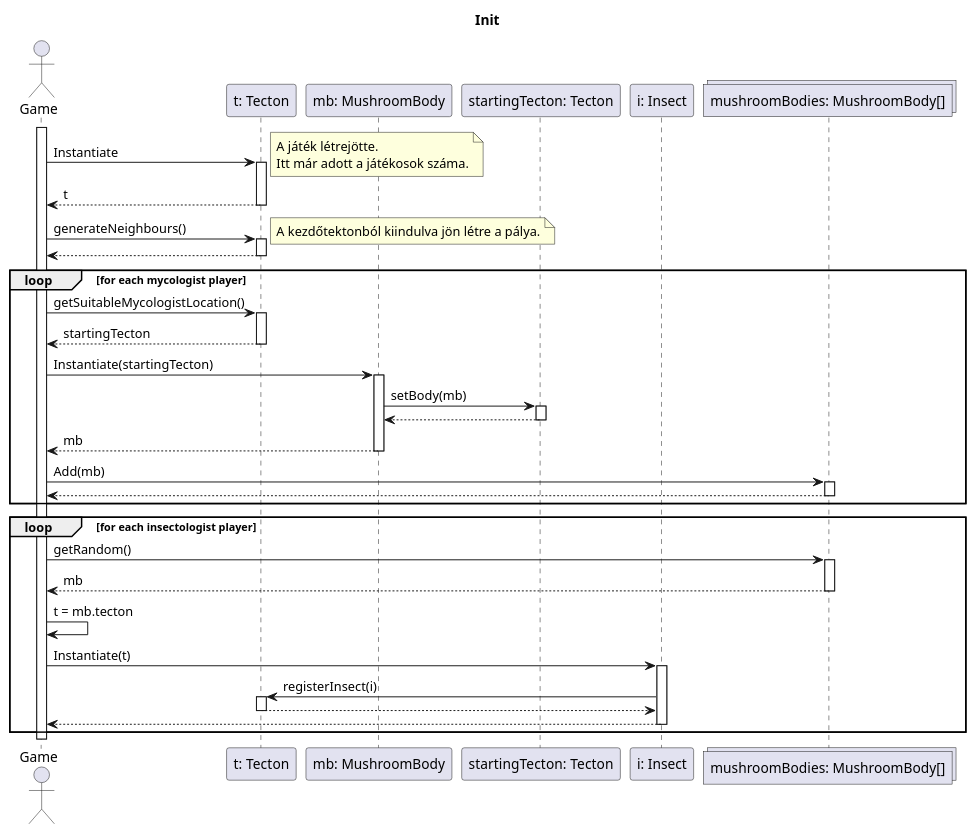
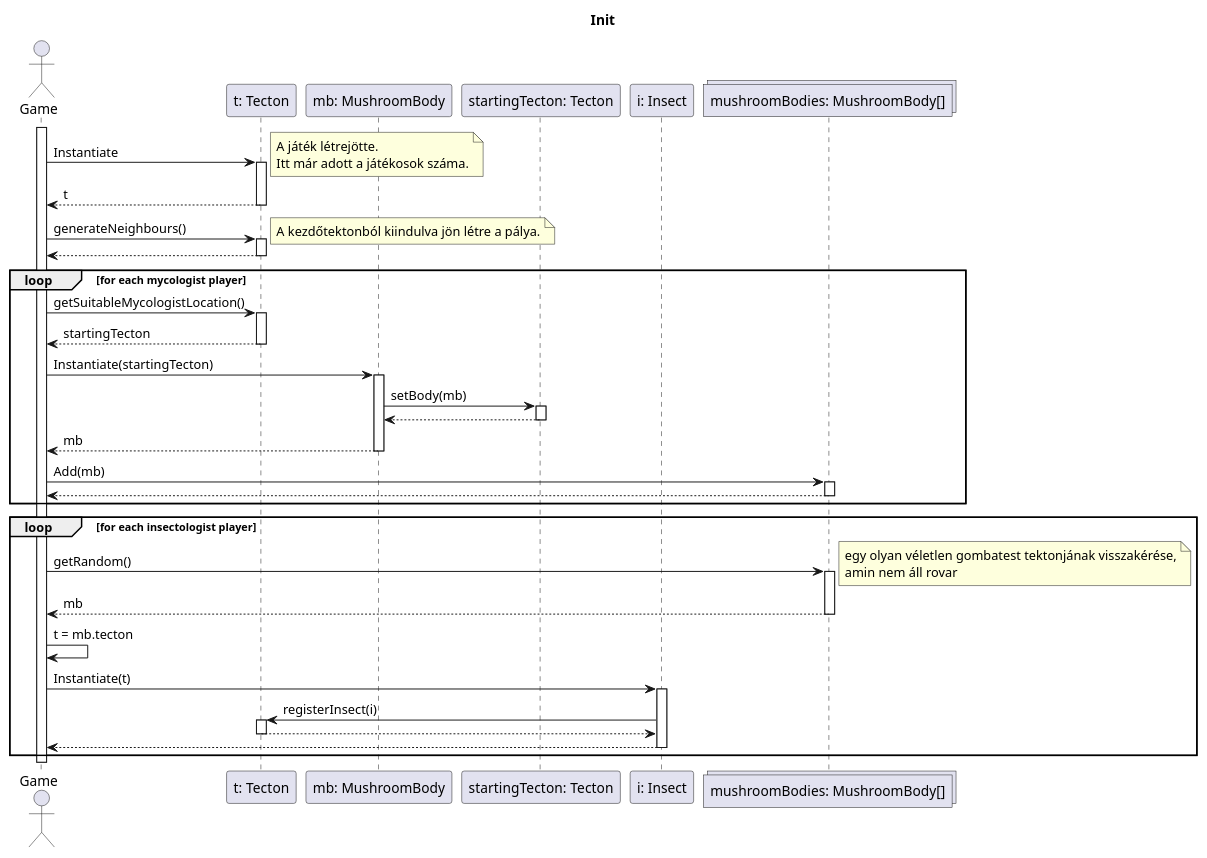
One commit to dzsem/projlab changed the diagram in diagrams/sequence/game/init.plantuml. Above: the diagram before and after it, drawn with PlantUML.

Commit message:
Add notes

```diff
--- a/diagrams/sequence/game/init.plantuml
+++ b/diagrams/sequence/game/init.plantuml
@@ -1,78 +1,79 @@
 @startuml init
 
 title Init
 
 actor "Game" as g
 participant "t: Tecton" as t
 participant "mb: MushroomBody" as mb
 participant "startingTecton: Tecton" as st
 participant "i: Insect" as i
 collections "mushroomBodies: MushroomBody[]" as mbs
 
 activate g
 
 g -> t: Instantiate
 note right: A játék létrejötte.\nItt már adott a játékosok száma.
 activate t
 
 g <-- t: t
 deactivate t
 
 g -> t: generateNeighbours()
 note right: A kezdőtektonból kiindulva jön létre a pálya.
 activate t
 
 g <-- t
 deactivate t
 
 loop for each mycologist player
 	g -> t: getSuitableMycologistLocation()
 
 	activate t
 
 	g <-- t: startingTecton
 	deactivate t
 
 	g -> mb: Instantiate(startingTecton)
 	activate mb
 
 	mb -> st: setBody(mb)
 	activate st
 
 	mb <-- st
 	deactivate st
 
 	g <-- mb: mb
 	deactivate mb
 
 	g -> mbs: Add(mb)
 	activate mbs
 
 	g <-- mbs
 	deactivate mbs
 end
 
 loop for each insectologist player
 	g -> mbs: getRandom()
+	note right: egy olyan véletlen gombatest tektonjának visszakérése,\namin nem áll rovar
 	activate mbs
 
 	g <-- mbs: mb
 	deactivate mbs
 
 	g -> g: t = mb.tecton
 
 	g -> i: Instantiate(t)
 	activate i
 
 	i -> t: registerInsect(i)
 	activate t
 	
 	i <-- t
 	deactivate t
 
 	g <-- i
 	deactivate i
 end
 
 deactivate g
 @enduml
```
